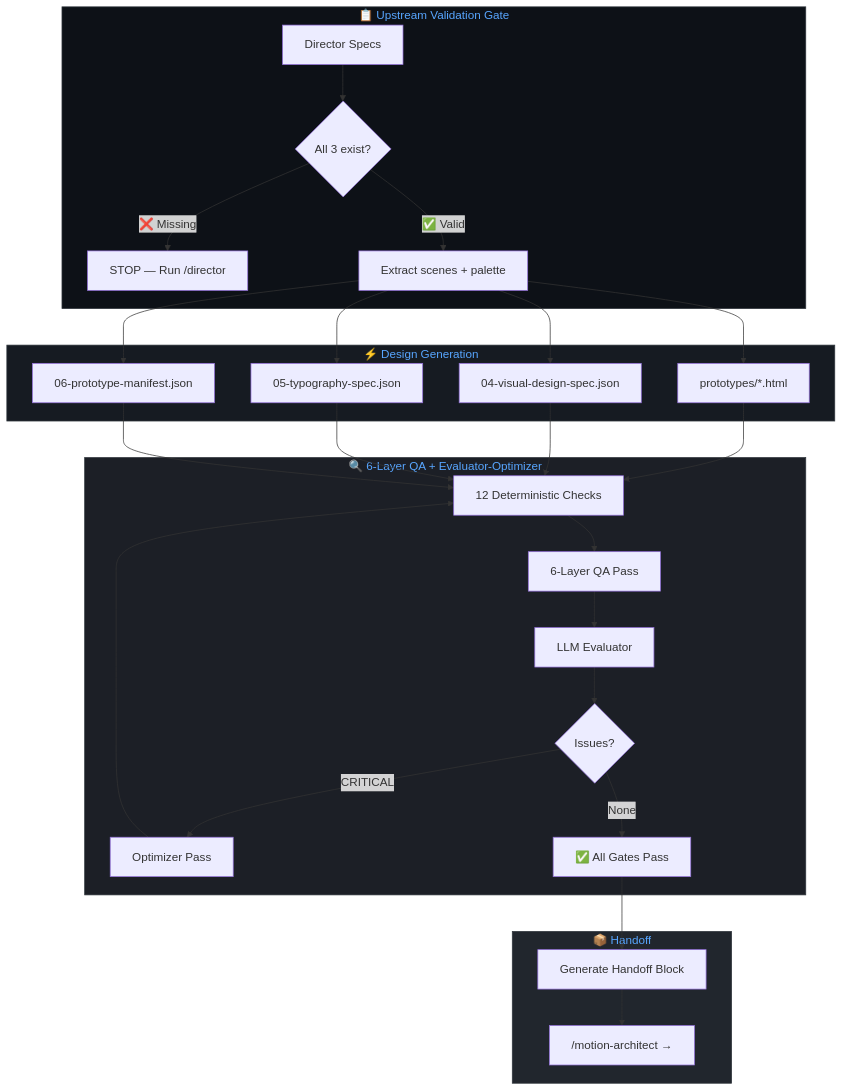
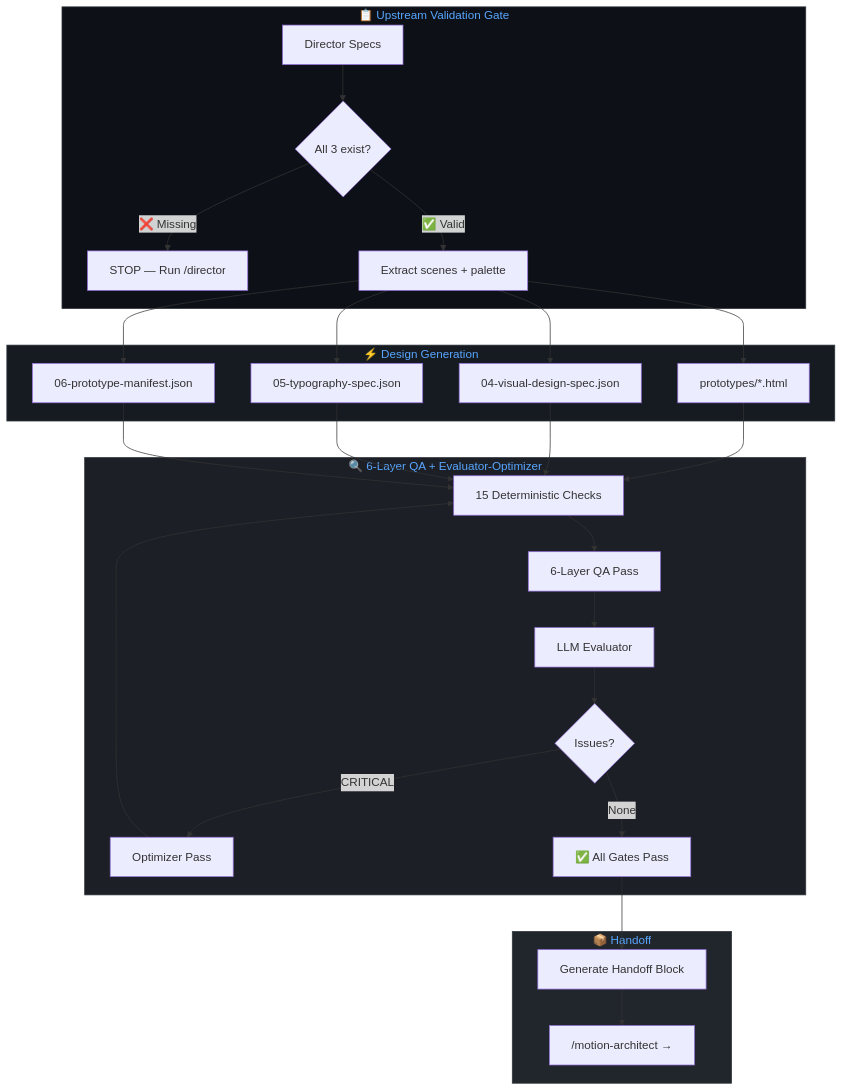
Before and after one commit to sufianmypa1203-oss/the-designer: the first of 2 diagrams in README.md, drawn with Mermaid. The commit also changed other lines of this file and 8 other files, not shown here.

````diff
--- a/README.md
+++ b/README.md
@@ -47,35 +47,35 @@
 ```mermaid
 flowchart TB
     subgraph UPSTREAM["📋 Upstream Validation Gate"]
         A["Director Specs"] --> B{"All 3 exist?"}
         B -->|"❌ Missing"| C["STOP — Run /director"]
         B -->|"✅ Valid"| D["Extract scenes + palette"]
     end
 
     subgraph GENERATION["⚡ Design Generation"]
         D --> E["prototypes/*.html"]
         D --> F["04-visual-design-spec.json"]
         D --> G["05-typography-spec.json"]
         D --> H["06-prototype-manifest.json"]
     end
 
     subgraph VALIDATION["🔍 6-Layer QA + Evaluator-Optimizer"]
-        E & F & G & H --> I["12 Deterministic Checks"]
+        E & F & G & H --> I["15 Deterministic Checks"]
         I --> J["6-Layer QA Pass"]
         J --> K["LLM Evaluator"]
         K --> L{Issues?}
         L -->|"CRITICAL"| M["Optimizer Pass"]
         M --> I
         L -->|"None"| N["✅ All Gates Pass"]
     end
 
     subgraph HANDOFF["📦 Handoff"]
         N --> O["Generate Handoff Block"]
         O --> P["/motion-architect →"]
     end
 
     style UPSTREAM fill:#0d1117,stroke:#30363d,color:#58a6ff
     style GENERATION fill:#161b22,stroke:#30363d,color:#58a6ff
     style VALIDATION fill:#1c1f26,stroke:#30363d,color:#58a6ff
     style HANDOFF fill:#21262d,stroke:#30363d,color:#58a6ff
 ```
````
